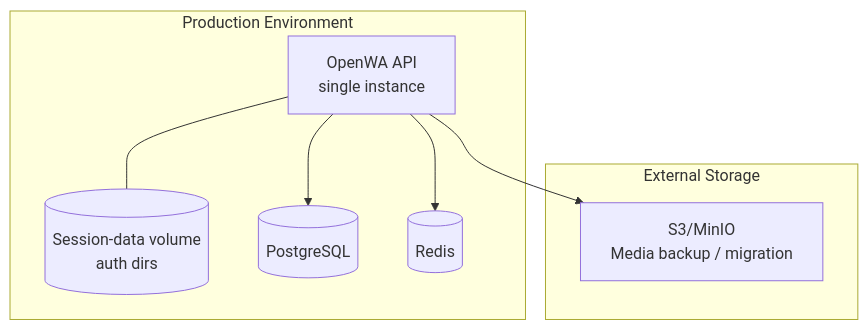
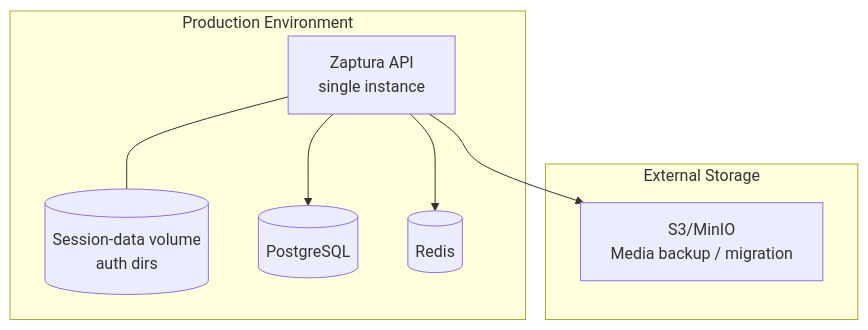
Diagram 15 of 24 in docs/03-system-architecture.md (AsmSafone/Whatsapp-SaaS), drawn with Mermaid before and after one commit. The commit also changed other lines of this file and 940 other files, not shown here.

````diff
--- a/docs/03-system-architecture.md
+++ b/docs/03-system-architecture.md
@@ -650,17 +650,17 @@
 ```mermaid
 flowchart TB
     subgraph Production["Production Environment"]
-        API[OpenWA API<br/>single instance]
+        API[Zaptura API<br/>single instance]
         VOL[(Session-data volume<br/>auth dirs)]
 
         API --- VOL
         API --> DB[(PostgreSQL)]
         API --> REDIS[(Redis)]
     end
 
     subgraph Storage["External Storage"]
         S3[S3/MinIO<br/>Media backup / migration]
     end
 
     API --> S3
 ```
````
